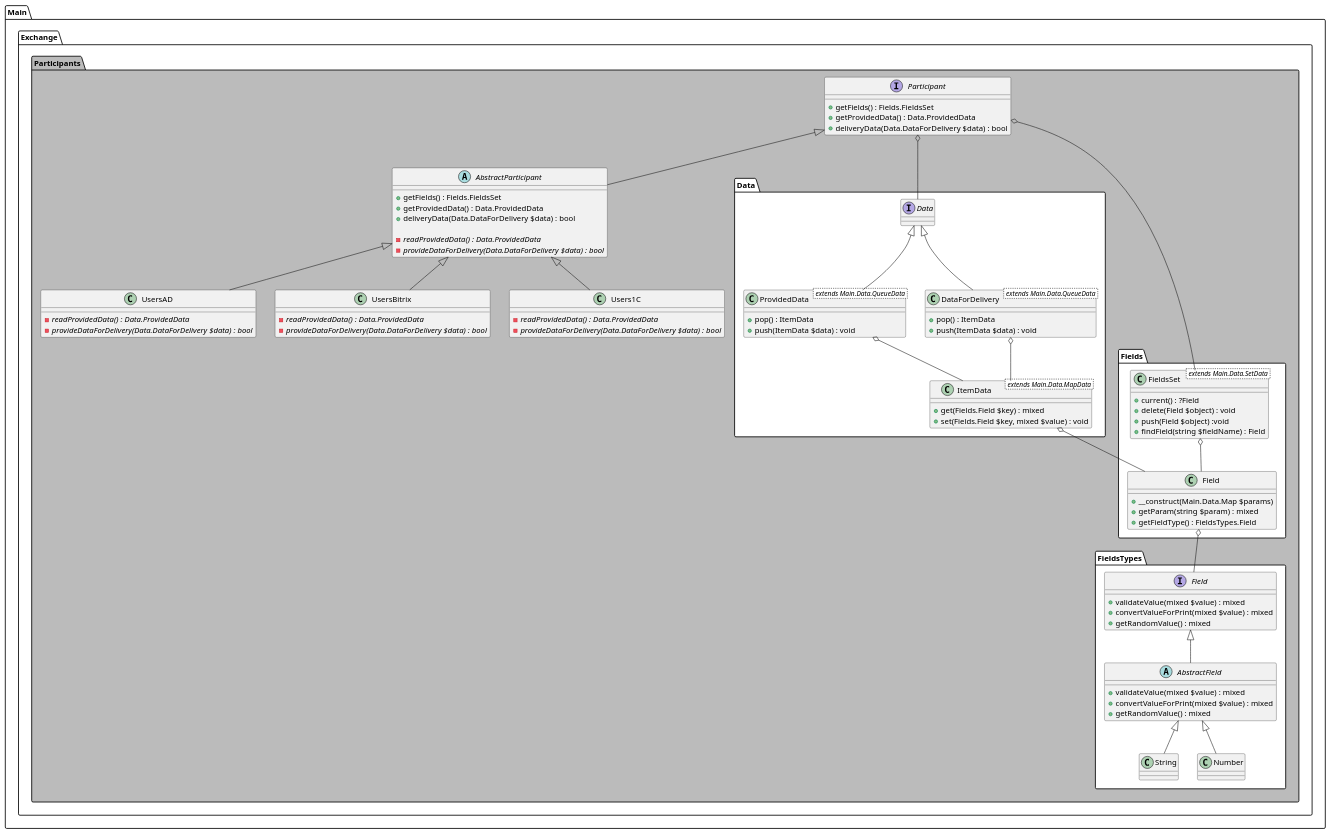
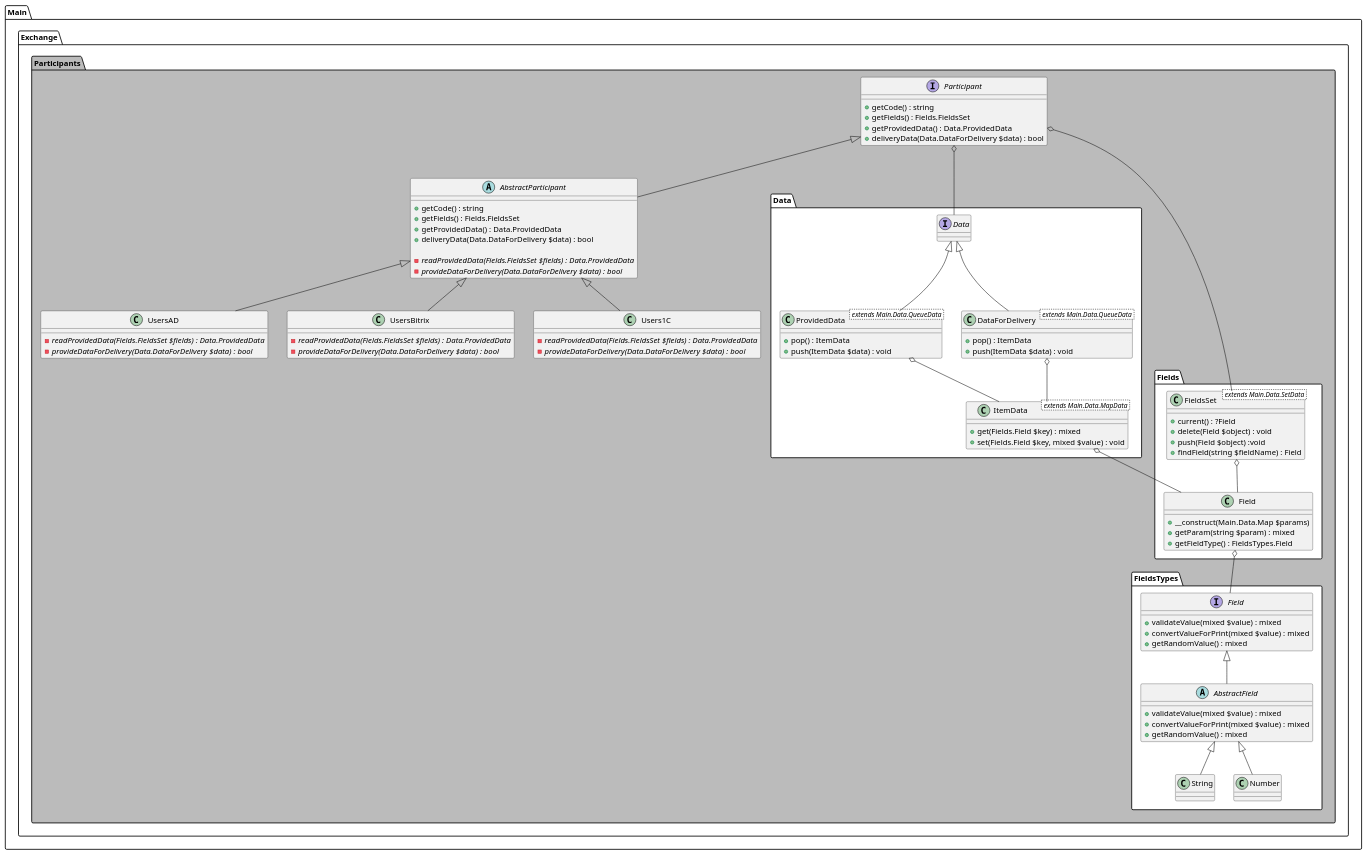
Before and after one commit to HvorostenkoNV/Exchanges: the diagram in uml/exchange/participants.puml, drawn with PlantUML. The commit also changed 48 other files, not shown here.

```diff
--- a/uml/exchange/participants.puml
+++ b/uml/exchange/participants.puml
@@ -1,124 +1,126 @@
 @startuml
 
 namespace Main.Exchange.Participants #BBB {
     interface Participant {
+        +getCode() : string
         +getFields() : Fields.FieldsSet
         +getProvidedData() : Data.ProvidedData
         +deliveryData(Data.DataForDelivery $data) : bool
     }
 
     abstract AbstractParticipant {
+        +getCode() : string
         +getFields() : Fields.FieldsSet
         +getProvidedData() : Data.ProvidedData
         +deliveryData(Data.DataForDelivery $data) : bool
 
-        -{abstract}readProvidedData() : Data.ProvidedData
+        -{abstract}readProvidedData(Fields.FieldsSet $fields) : Data.ProvidedData
         -{abstract}provideDataForDelivery(Data.DataForDelivery $data) : bool
     }
 
     class Users1C {
-        -{abstract}readProvidedData() : Data.ProvidedData
+        -{abstract}readProvidedData(Fields.FieldsSet $fields) : Data.ProvidedData
         -{abstract}provideDataForDelivery(Data.DataForDelivery $data) : bool
     }
 
     class UsersAD {
-        -{abstract}readProvidedData() : Data.ProvidedData
+        -{abstract}readProvidedData(Fields.FieldsSet $fields) : Data.ProvidedData
         -{abstract}provideDataForDelivery(Data.DataForDelivery $data) : bool
     }
 
     class UsersBitrix {
-        -{abstract}readProvidedData() : Data.ProvidedData
+        -{abstract}readProvidedData(Fields.FieldsSet $fields) : Data.ProvidedData
         -{abstract}provideDataForDelivery(Data.DataForDelivery $data) : bool
     }
     /' ------------------------------------------- '/
     /' ------------------ Data ------------------- '/
     /' ------------------------------------------- '/
     namespace Data #FFF {
         interface Data {
 
         }
 
         class ProvidedData < extends Main.Data.QueueData > {
             +pop() : ItemData
             +push(ItemData $data) : void
         }
 
         class DataForDelivery < extends Main.Data.QueueData > {
             +pop() : ItemData
             +push(ItemData $data) : void
         }
 
         class ItemData < extends Main.Data.MapData > {
             +get(Fields.Field $key) : mixed
             +set(Fields.Field $key, mixed $value) : void
         }
 
         Data    <|--    ProvidedData
         Data    <|--    DataForDelivery
 
         ProvidedData    o-- ItemData
         DataForDelivery o-- ItemData
     }
     /' ------------------------------------------- '/
     /' ----------------- Fields ------------------ '/
     /' ------------------------------------------- '/
     namespace Fields #FFF {
         class Field {
             +__construct(Main.Data.Map $params)
             +getParam(string $param) : mixed
             +getFieldType() : FieldsTypes.Field
         }
 
         class FieldsSet < extends Main.Data.SetData > {
             +current() : ?Field
             +delete(Field $object) : void
             +push(Field $object) :void
             +findField(string $fieldName) : Field
         }
 
         FieldsSet o-- Field
     }
     /' ------------------------------------------- '/
     /' --------------- FieldsTypes --------------- '/
     /' ------------------------------------------- '/
     namespace FieldsTypes #FFF {
         interface Field {
             +validateValue(mixed $value) : mixed
             +convertValueForPrint(mixed $value) : mixed
             +getRandomValue() : mixed
         }
 
         abstract AbstractField {
             +validateValue(mixed $value) : mixed
             +convertValueForPrint(mixed $value) : mixed
             +getRandomValue() : mixed
         }
 
         class String {
 
         }
 
         class Number {
 
         }
 
         Field           <|--    AbstractField
         AbstractField   <|--    String
         AbstractField   <|--    Number
     }
     /' ------------------------------------------- '/
     /' ---------------- Relations ---------------- '/
     /' ------------------------------------------- '/
     Participant         <|--    AbstractParticipant
     AbstractParticipant <|--    Users1C
     AbstractParticipant <|--    UsersAD
     AbstractParticipant <|--    UsersBitrix
 
     Participant o-- Main.Exchange.Participants.Data.Data
     Participant o-- Main.Exchange.Participants.Fields.FieldsSet
 
     Main.Exchange.Participants.Fields.Field     o-- Main.Exchange.Participants.FieldsTypes.Field
     Main.Exchange.Participants.Data.ItemData    o-- Main.Exchange.Participants.Fields.Field
 }
 
 @enduml
```
